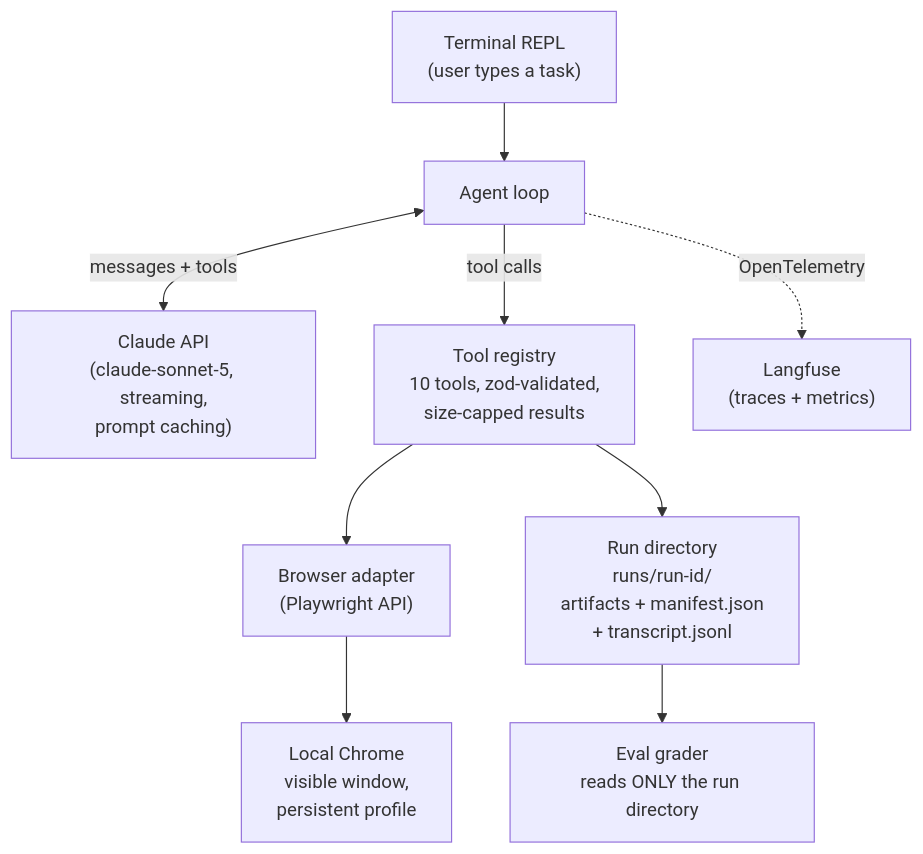
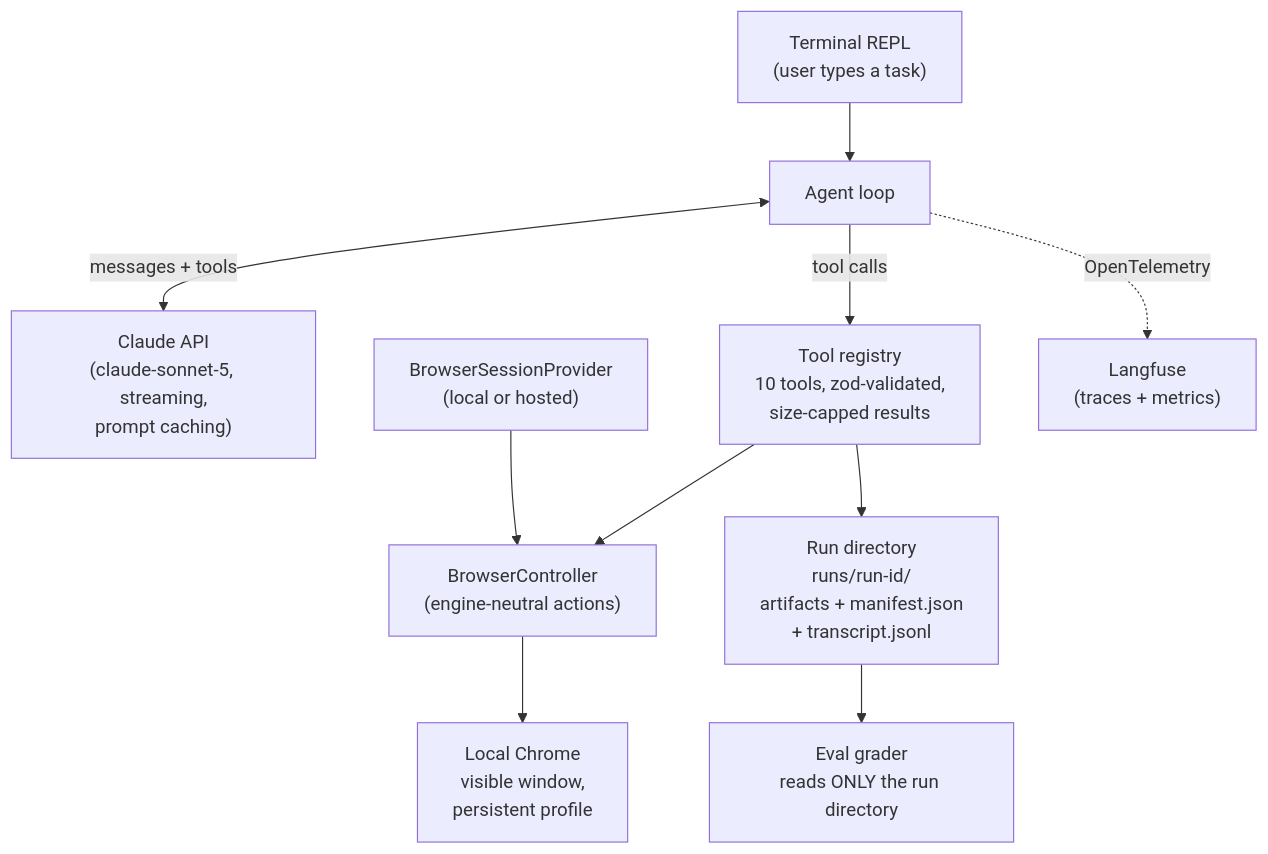
The first of 3 diagrams in .agents/planning/evidence-collection-agent-checkpoint-1/design/detailed-design.md (briosolivares/evidence-collection-agent), drawn with Mermaid before and after one commit. The commit also changed other lines of this file and 55 other files, not shown here.

Commit message:
refactor: separate browser controllers from session providers

````diff
--- a/.agents/planning/evidence-collection-agent-checkpoint-1/design/detailed-design.md
+++ b/.agents/planning/evidence-collection-agent-checkpoint-1/design/detailed-design.md
@@ -117,11 +117,12 @@
 ```mermaid
 flowchart TD
     U["Terminal REPL\n(user types a task)"] --> L["Agent loop"]
     L <-->|"messages + tools"| M["Claude API\n(claude-sonnet-5, streaming,\nprompt caching)"]
     L -->|"tool calls"| T["Tool registry\n10 tools, zod-validated,\nsize-capped results"]
-    T --> B["Browser adapter\n(Playwright API)"]
+    T --> B["BrowserController\n(engine-neutral actions)"]
+    SP["BrowserSessionProvider\n(local or hosted)"] --> B
     B --> C["Local Chrome\nvisible window,\npersistent profile"]
     T --> R["Run directory\nruns/run-id/\nartifacts + manifest.json\n+ transcript.jsonl"]
     L -.->|"OpenTelemetry"| O["Langfuse\n(traces + metrics)"]
     R --> G["Eval grader\nreads ONLY the run directory"]
 ```
````
